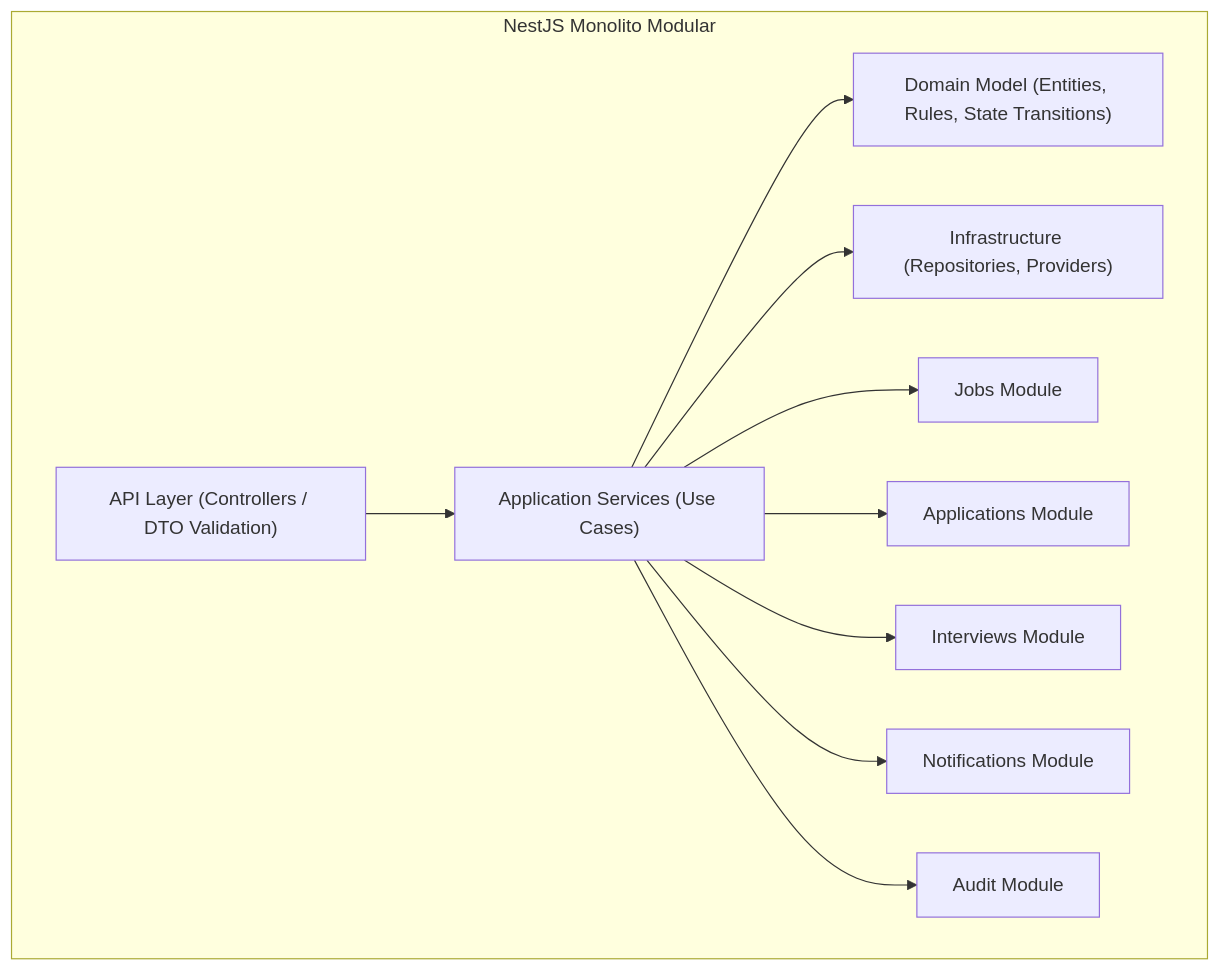
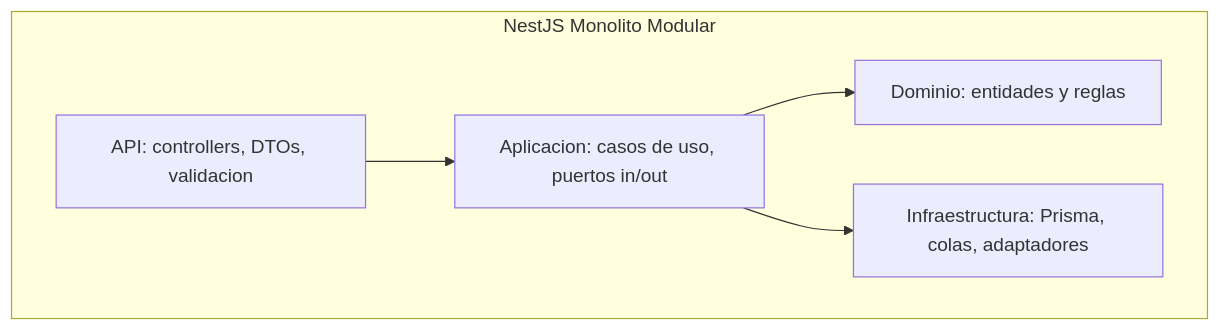
Before and after one commit to Logike-co/ats-saas-platform: the second of 2 diagrams in docs/06.software_architecture.md, drawn with Mermaid. The commit also changed other lines of this file and 11 other files, not shown here.

First line of the commit message:
docs: apply project-wide SRP/ISP and align architecture docs

````diff
--- a/docs/06.software_architecture.md
+++ b/docs/06.software_architecture.md
@@ -50,23 +54,13 @@
 ```mermaid
 graph TD
-    subgraph API["NestJS Monolito Modular"]
-        GW["API Layer (Controllers / DTO Validation)"]
-        APP["Application Services (Use Cases)"]
-        DOM["Domain Model (Entities, Rules, State Transitions)"]
-        INF["Infrastructure (Repositories, Providers)"]
-        JOBS["Jobs Module"]
-        APPS["Applications Module"]
-        INTV["Interviews Module"]
-        NOTI["Notifications Module"]
-        AUD["Audit Module"]
+    subgraph Nest["NestJS Monolito Modular"]
+        GW["API: controllers, DTOs, validacion"]
+        APP["Aplicacion: casos de uso, puertos in/out"]
+        DOM["Dominio: entidades y reglas"]
+        INF["Infraestructura: Prisma, colas, adaptadores"]
     end
 
     GW --> APP
     APP --> DOM
     APP --> INF
-    APP --> JOBS
-    APP --> APPS
-    APP --> INTV
-    APP --> NOTI
-    APP --> AUD
 ```
````
